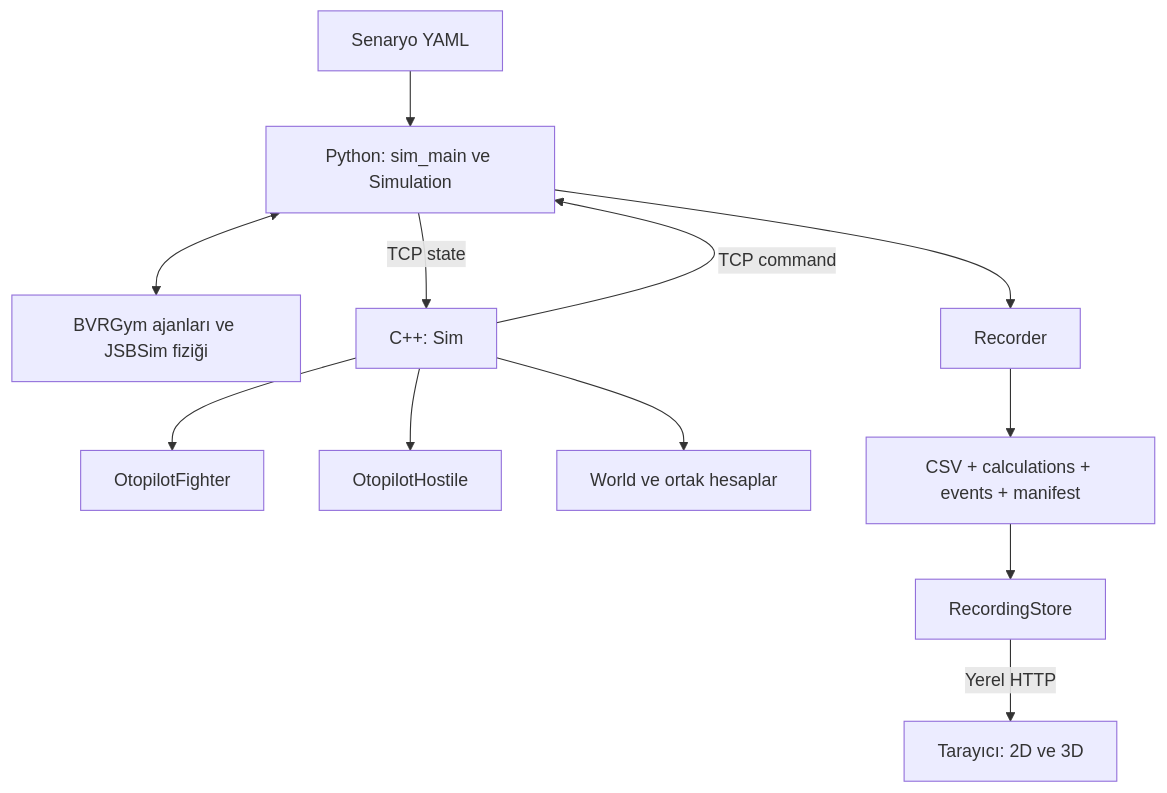
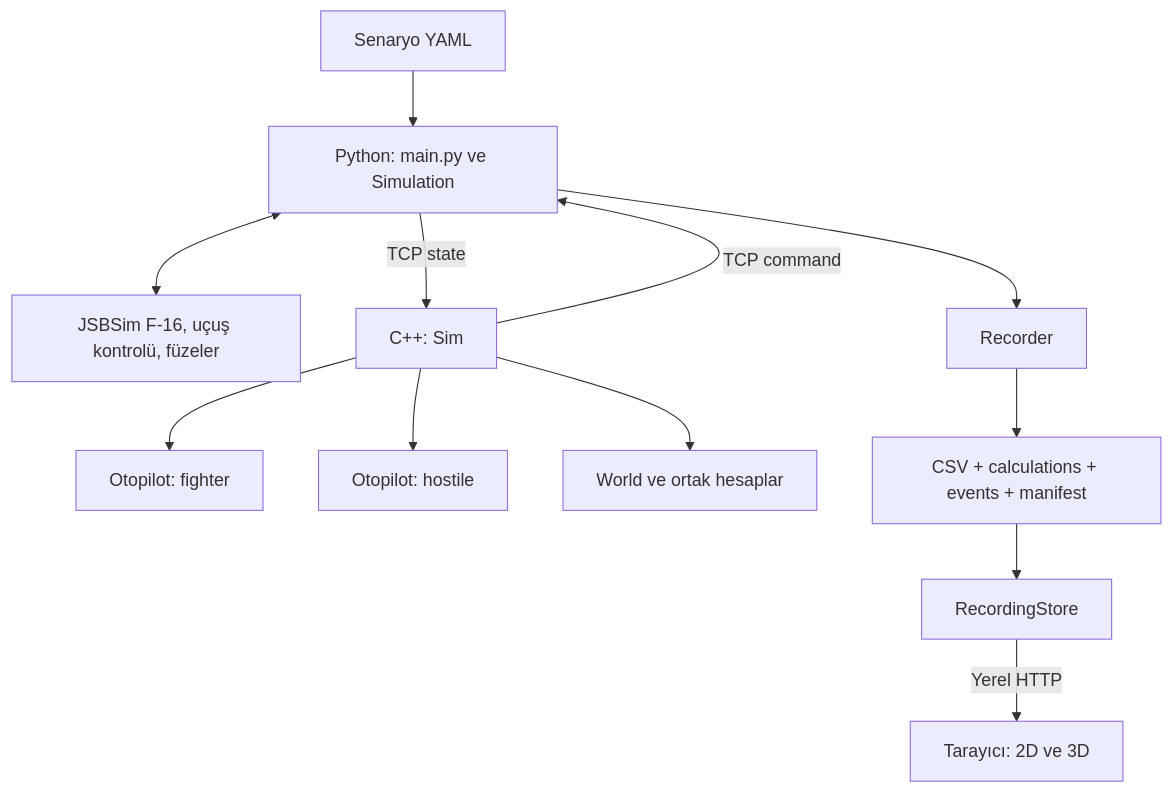
Before and after one commit to batoddy/BVR-Fight-Project: the first of 2 diagrams in docs/mimari/BVR_SISTEM_MIMARISI.md, drawn with Mermaid. The commit also changed other lines of this file and 3295 other files, not shown here.

````diff
--- a/docs/mimari/BVR_SISTEM_MIMARISI.md
+++ b/docs/mimari/BVR_SISTEM_MIMARISI.md
@@ -7,14 +7,14 @@
 ```mermaid
 flowchart TB
-    YAML[Senaryo YAML] --> PY[Python: sim_main ve Simulation]
-    PY <--> F[BVRGym ajanları ve JSBSim fiziği]
+    YAML[Senaryo YAML] --> PY[Python: main.py ve Simulation]
+    PY <--> F[JSBSim F-16, uçuş kontrolü, füzeler]
     PY -->|TCP state| CPP[C++: Sim]
     CPP -->|TCP command| PY
-    CPP --> OF[OtopilotFighter]
-    CPP --> OB[OtopilotHostile]
+    CPP --> OF[Otopilot: fighter]
+    CPP --> OB[Otopilot: hostile]
     CPP --> W[World ve ortak hesaplar]
     PY --> REC[Recorder]
     REC --> DISK[CSV + calculations + events + manifest]
     DISK --> STORE[RecordingStore]
     STORE -->|Yerel HTTP| WEB[Tarayıcı: 2D ve 3D]
 ```
````
